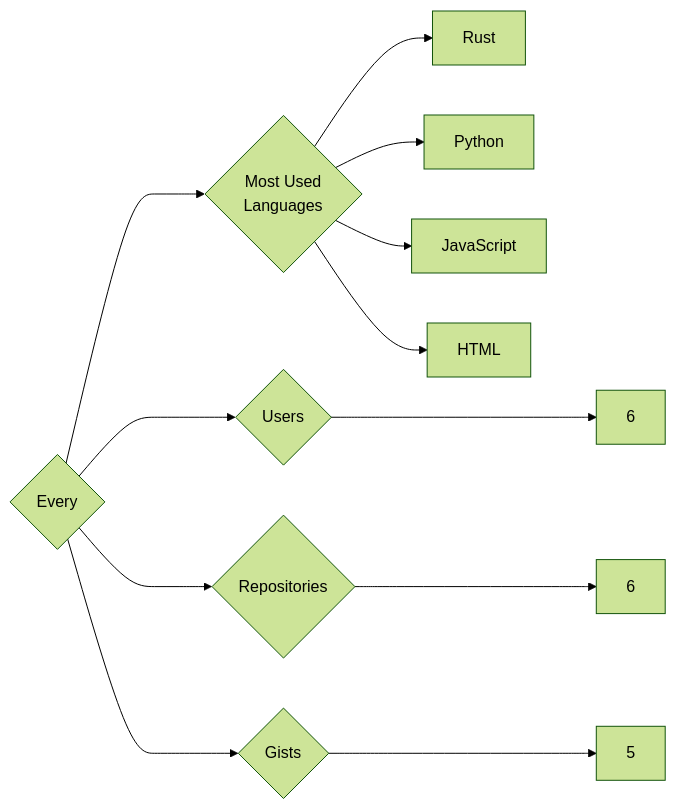
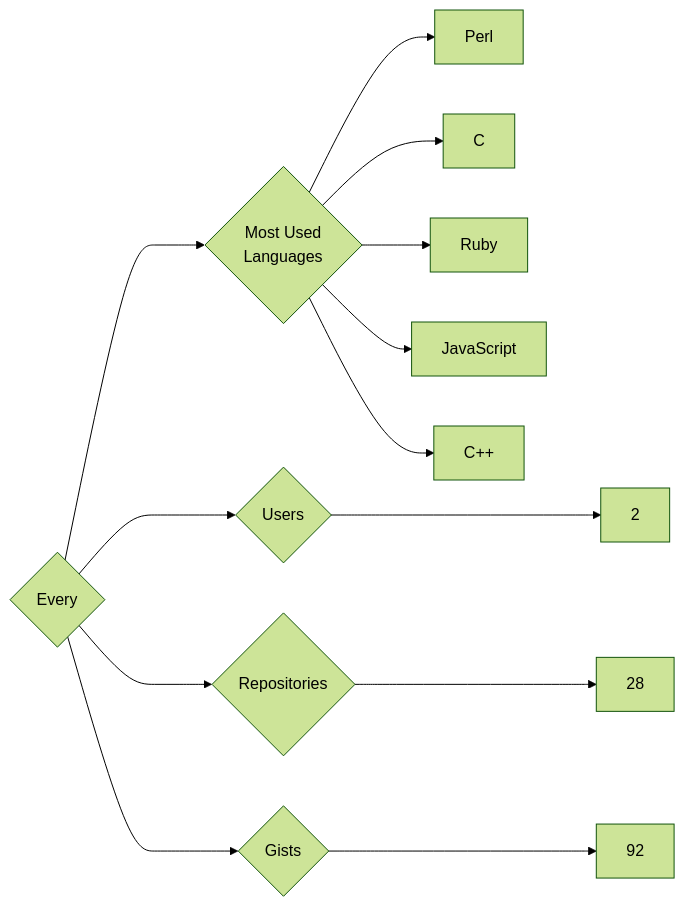
The diagram in targets/Every/README.md (trickest/insiders), drawn with Mermaid (forest theme) before and after one commit. The commit also changed 997 other files, not shown here.

````diff
--- a/targets/Every/README.md
+++ b/targets/Every/README.md
@@ -3,12 +3,13 @@
 ```mermaid
 graph LR
 COMPANY_NAME{Every}
-COMPANY_NAME ---> U{Users} ---> UN[6]
-COMPANY_NAME ---> R{Repositories} ---> RN[6]
-COMPANY_NAME ---> G{Gists} ---> GN[5]
+COMPANY_NAME ---> U{Users} ---> UN[2]
+COMPANY_NAME ---> R{Repositories} ---> RN[28]
+COMPANY_NAME ---> G{Gists} ---> GN[92]
 COMPANY_NAME ---> ML{Most Used<br>Languages}
-ML --> Rust[Rust]
-ML --> Python[Python]
+ML --> Perl[Perl]
+ML --> C[C]
+ML --> Ruby[Ruby]
 ML --> JavaScript[JavaScript]
-ML --> HTML[HTML]
+ML --> C++[C++]
 ```
````
